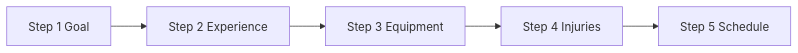
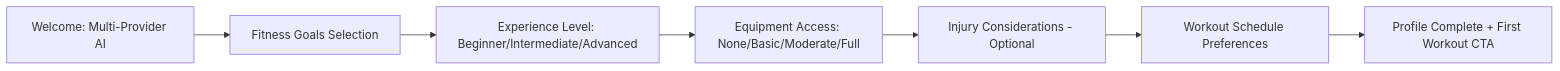
Before and after one commit to vedprakash-m/vigor: diagram 11 of 15 in docs/User_Experience.md, drawn with Mermaid. The commit also changed other lines of this file and 53 other files, not shown here.

````diff
--- a/docs/User_Experience.md
+++ b/docs/User_Experience.md
@@ -247,7 +695,9 @@
 ```mermaid
 flowchart LR
-  O1[Step 1 Goal] --> O2[Step 2 Experience]
-  O2 --> O3[Step 3 Equipment]
-  O3 --> O4[Step 4 Injuries]
-  O4 --> O5[Step 5 Schedule]
+  Welcome[Welcome: Multi-Provider AI] --> Goals[Fitness Goals Selection]
+  Goals --> Level[Experience Level: Beginner/Intermediate/Advanced]
+  Level --> Equipment[Equipment Access: None/Basic/Moderate/Full]
+  Equipment --> Injuries[Injury Considerations - Optional]
+  Injuries --> Schedule[Workout Schedule Preferences]
+  Schedule --> Complete[Profile Complete + First Workout CTA]
 ```
````
